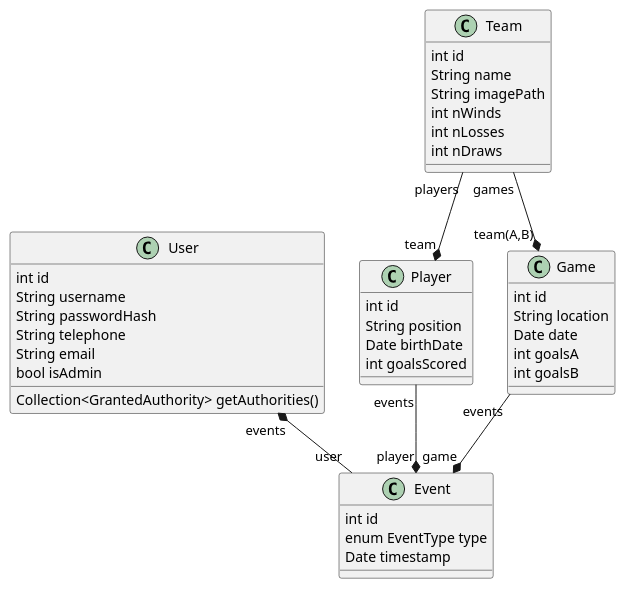
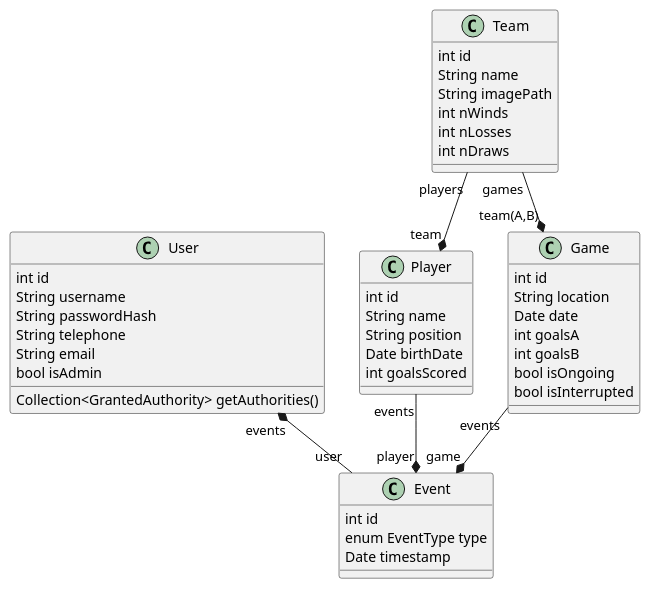
One commit to PomatoCoCEO/distributed-systems-scoredei changed the diagram in arch/class_diagram.puml. Above: the diagram before and after it, drawn with PlantUML.

Commit message:
class diagram correction

```diff
--- a/arch/class_diagram.puml
+++ b/arch/class_diagram.puml
@@ -1,46 +1,49 @@
 @startuml class_diagram
 class User {
     int id
     String username
     String passwordHash
     String telephone
     String email
     bool isAdmin 
     Collection<GrantedAuthority> getAuthorities()
 }
 class Player {
     int id
+    String name
     String position
     Date birthDate
     int goalsScored
 }
 
 class Team {
     int id
     String name
     String imagePath
     int nWinds
     int nLosses
     int nDraws
 }
 class Event {
     int id
     enum EventType type
     Date timestamp
 } 
 class Game {
     int id
     String location
     Date date
     int goalsA
     int goalsB
+    bool isOngoing
+    bool isInterrupted
 }
 
 User "events" *-- "user" Event
 Game "events" --* "game" Event
 Player "events" --* "player" Event
 Team "players" --* "team" Player
 Team "games" --* "team(A,B)" Game
 
 
 @enduml
```
